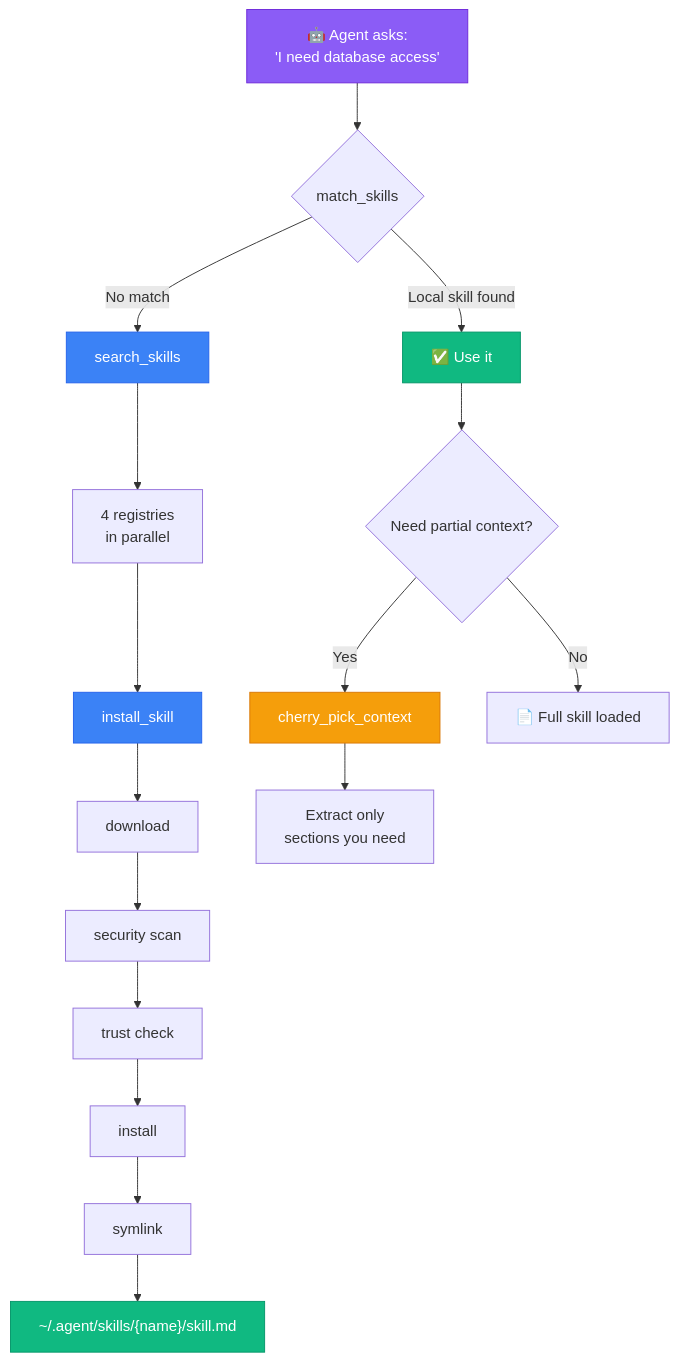
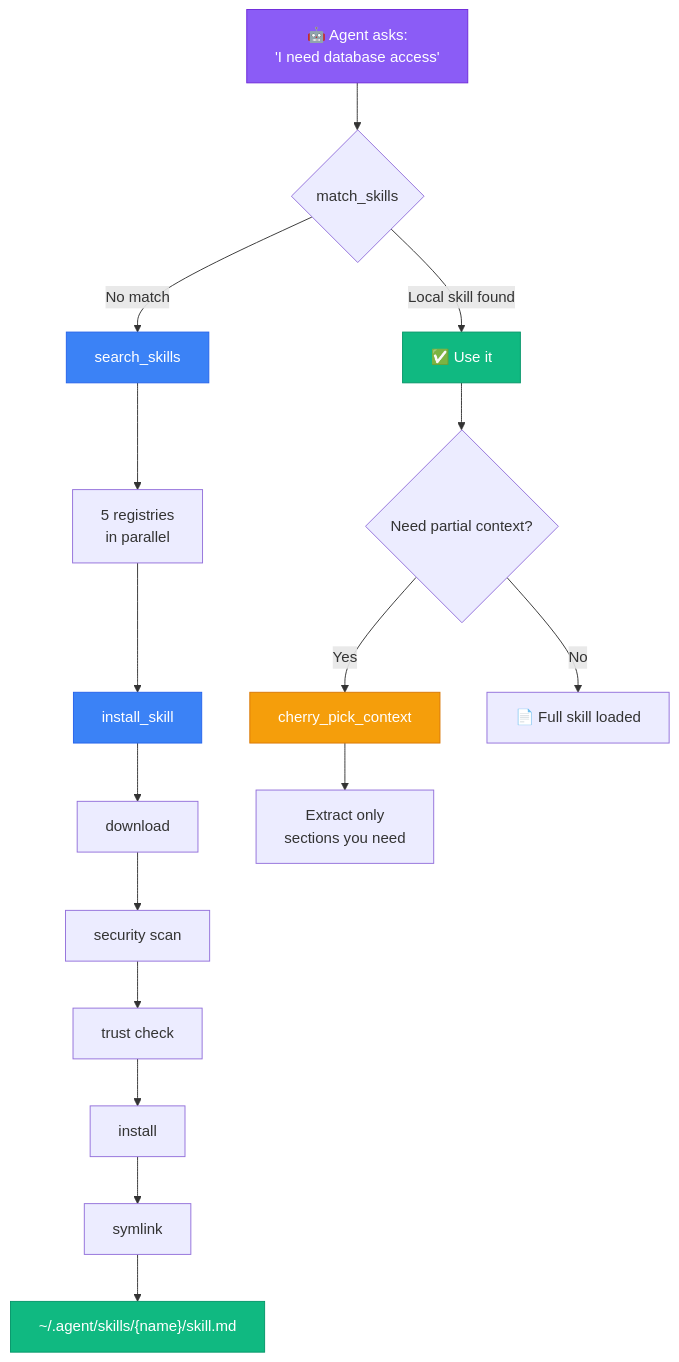
Before and after one commit to ancrz/skill-swarm-mcp: the first of 5 diagrams in README.md, drawn with Mermaid. The commit also changed other lines of this file and 13 other files, not shown here.

````diff
--- a/README.md
+++ b/README.md
@@ -31,25 +31,25 @@
 ```mermaid
 flowchart TD
     A["🤖 Agent asks:<br/>'I need database access'"] --> B{match_skills}
     B -->|Local skill found| C["✅ Use it"]
     B -->|No match| D[search_skills]
-    D --> E["4 registries<br/>in parallel"]
+    D --> E["5 registries<br/>in parallel"]
     E --> F[install_skill]
     F --> G["download"]
     G --> H["security scan"]
     H --> I["trust check"]
     I --> J["install"]
     J --> K["symlink"]
     K --> L["~/.agent/skills/{name}/skill.md"]
     C --> M{Need partial context?}
     M -->|Yes| N[cherry_pick_context]
     M -->|No| O["📄 Full skill loaded"]
     N --> P["Extract only<br/>sections you need"]
 
     style A fill:#8B5CF6,stroke:#6D28D9,color:#fff
     style C fill:#10B981,stroke:#059669,color:#fff
     style L fill:#10B981,stroke:#059669,color:#fff
     style F fill:#3B82F6,stroke:#2563EB,color:#fff
     style D fill:#3B82F6,stroke:#2563EB,color:#fff
     style N fill:#F59E0B,stroke:#D97706,color:#fff
 ```
````
